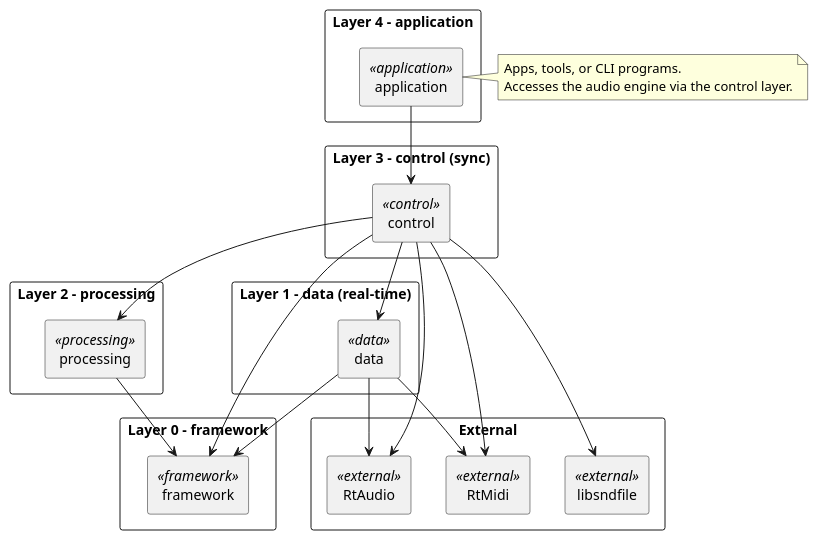
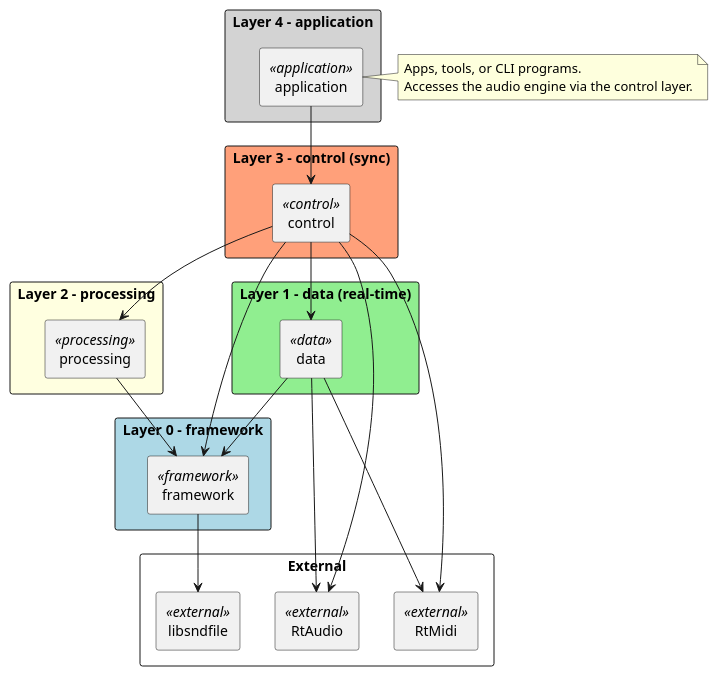
The first of 2 diagrams in README.md (aidan-clyens/miniaudioengine), drawn with PlantUML before and after one commit. The commit also changed other lines of this file and 1 other file, not shown here.

````diff
--- a/README.md
+++ b/README.md
@@ -88,54 +87,54 @@
 ```plantuml
 @startuml
 skinparam componentStyle rectangle
 skinparam shadowing false
 skinparam packageStyle rectangle
 
-package "Layer 4 - application" {
+package "Layer 4 - application" #lightgray {
   [application] <<application>>
 }
 
-package "Layer 3 - control (sync)" {
+package "Layer 3 - control (sync)" #lightsalmon {
   [control] <<control>>
 }
 
-package "Layer 2 - processing" {
+package "Layer 2 - processing" #lightyellow {
   [processing] <<processing>>
 }
 
-package "Layer 1 - data (real-time)" {
+package "Layer 1 - data (real-time)" #lightgreen {
   [data] <<data>>
 }
 
-package "Layer 0 - framework" {
+package "Layer 0 - framework" #lightblue {
   [framework] <<framework>>
 }
 
 package "External" {
   [RtAudio] <<external>>
   [RtMidi] <<external>>
   [libsndfile] <<external>>
 }
 
 note right of [application]
   Apps, tools, or CLI programs.
   Accesses the audio engine via the control layer.
 end note
 
 ' Layer dependencies
 [application] --> [control]
 [control] --> [processing]
 [control] --> [data]
 [processing] --> [framework]
 [data] --> [framework]
 [control] --> [framework]
 
 ' External dependencies
 [control] --> [RtAudio]
 [data] --> [RtAudio]
 [control] --> [RtMidi]
 [data] --> [RtMidi]
-[control] --> [libsndfile]
+[framework] --> [libsndfile]
 
 @enduml
 ```
````
